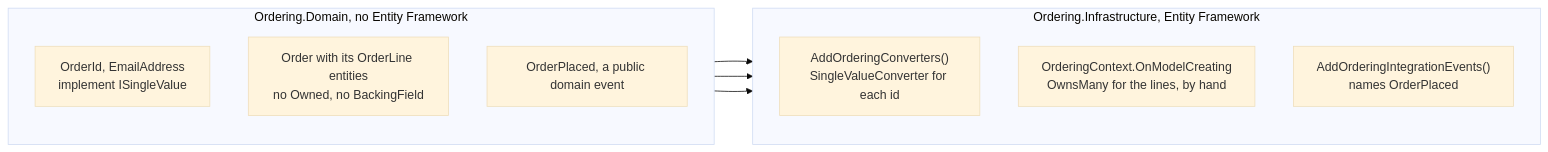
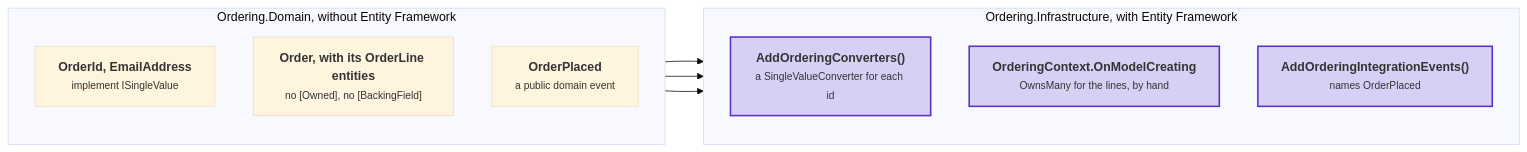
One commit to DylanSnel/DDDToolkit changed the fifth of 6 diagrams in docs/entity-framework.md. Above: the diagram before and after it, drawn with Mermaid (base theme). The commit also changed other lines of this file and 41 other files, not shown here.

First line of the commit message:
Docs: plain prose, one word per concept, and readable diagrams on every page

````diff
--- a/docs/entity-framework.md
+++ b/docs/entity-framework.md
@@ -972,18 +1073,20 @@
 ```mermaid
 flowchart LR
-    subgraph domain ["Ordering.Domain, no Entity Framework"]
+    subgraph domain ["Ordering.Domain, without Entity Framework"]
         direction TB
-        D1["OrderId, EmailAddress<br/>implement ISingleValue"]
-        D2["Order with its OrderLine entities<br/>no Owned, no BackingField"]
-        D3["OrderPlaced, a public domain event"]
+        d1["<b>OrderId, EmailAddress</b><br/><small>implement ISingleValue</small>"]
+        d2["<b>Order, with its OrderLine entities</b><br/><small>no [Owned], no [BackingField]</small>"]
+        d3["<b>OrderPlaced</b><br/><small>a public domain event</small>"]
     end
-    subgraph infrastructure ["Ordering.Infrastructure, Entity Framework"]
+    subgraph infrastructure ["Ordering.Infrastructure, with Entity Framework"]
         direction TB
-        I1["AddOrderingConverters()<br/>SingleValueConverter for each id"]
-        I2["OrderingContext.OnModelCreating<br/>OwnsMany for the lines, by hand"]
-        I3["AddOrderingIntegrationEvents()<br/>names OrderPlaced"]
+        i1["<b>AddOrderingConverters()</b><br/><small>a SingleValueConverter for each id</small>"]
+        i2["<b>OrderingContext.OnModelCreating</b><br/><small>OwnsMany for the lines, by hand</small>"]
+        i3["<b>AddOrderingIntegrationEvents()</b><br/><small>names OrderPlaced</small>"]
     end
-    D1 --> I1
-    D2 --> I2
-    D3 --> I3
+    d1 --> i1
+    d2 --> i2
+    d3 --> i3
+    classDef strong fill:#5b2ec933,stroke:#5b2ec9,stroke-width:2px
+    class i1,i2,i3 strong
 ```
````
